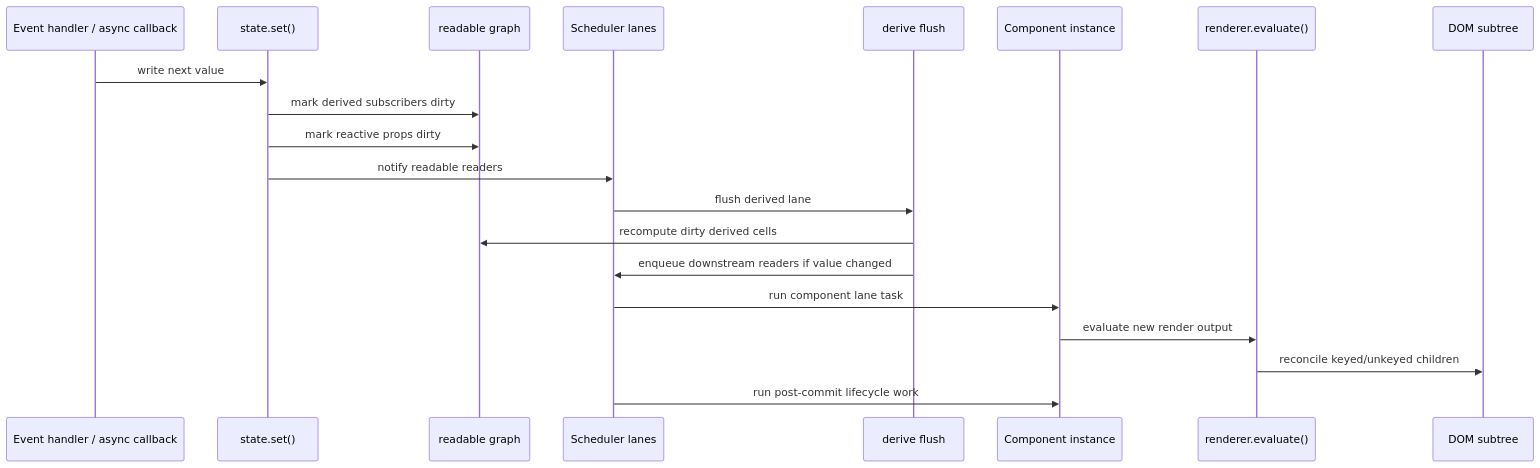
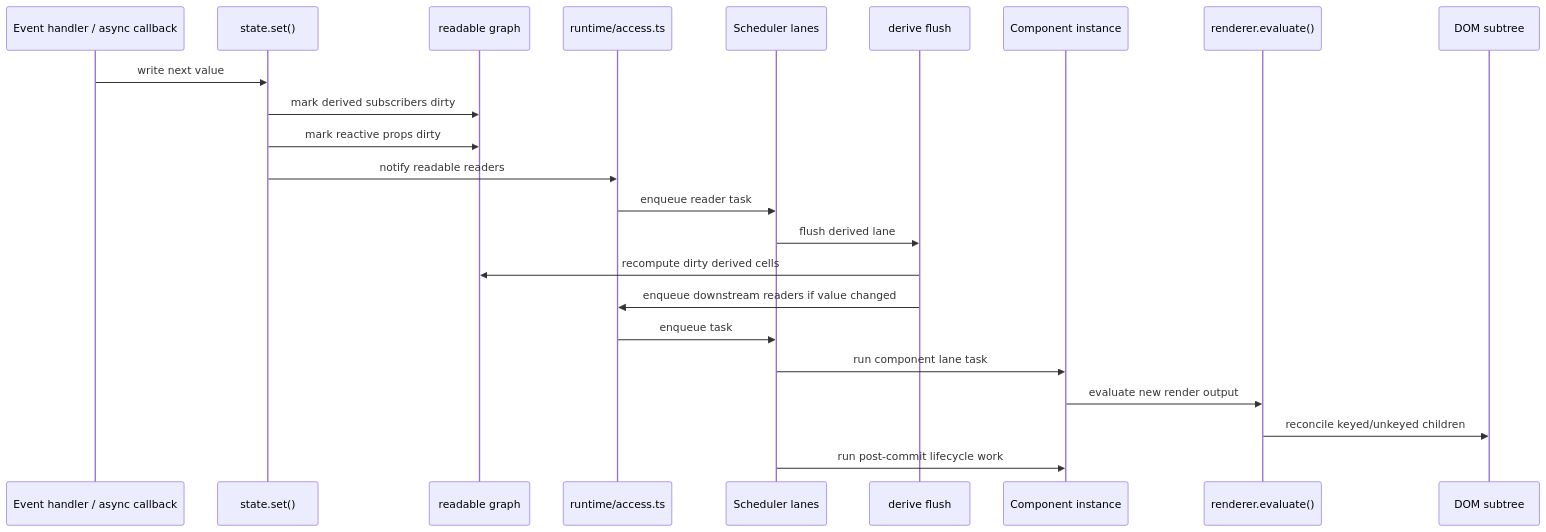
Before and after one commit to askrjs/askr: the first of 7 diagrams in docs/internals/runtime-reactivity.md, drawn with Mermaid. The commit also changed other lines of this file and 154 other files, not shown here.

First line of the commit message:
Add direct audit coverage for architecture cleanup (#54)

````diff
--- a/docs/internals/runtime-reactivity.md
+++ b/docs/internals/runtime-reactivity.md
@@ -13,23 +13,26 @@
 ```mermaid
 sequenceDiagram
   participant Event as Event handler / async callback
   participant State as state.set()
   participant Readable as readable graph
+  participant Access as runtime/access.ts
   participant Scheduler as Scheduler lanes
   participant Derived as derive flush
   participant Component as Component instance
   participant Renderer as renderer.evaluate()
   participant DOM as DOM subtree
 
   Event->>State: write next value
   State->>Readable: mark derived subscribers dirty
   State->>Readable: mark reactive props dirty
-  State->>Scheduler: notify readable readers
+  State->>Access: notify readable readers
+  Access->>Scheduler: enqueue reader task
   Scheduler->>Derived: flush derived lane
   Derived->>Readable: recompute dirty derived cells
-  Derived->>Scheduler: enqueue downstream readers if value changed
+  Derived->>Access: enqueue downstream readers if value changed
+  Access->>Scheduler: enqueue task
   Scheduler->>Component: run component lane task
   Component->>Renderer: evaluate new render output
   Renderer->>DOM: reconcile keyed/unkeyed children
   Scheduler->>Component: run post-commit lifecycle work
 ```
````
